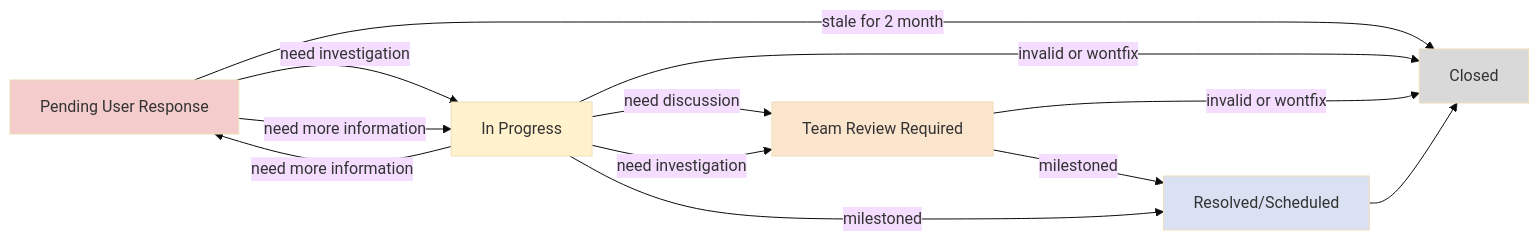
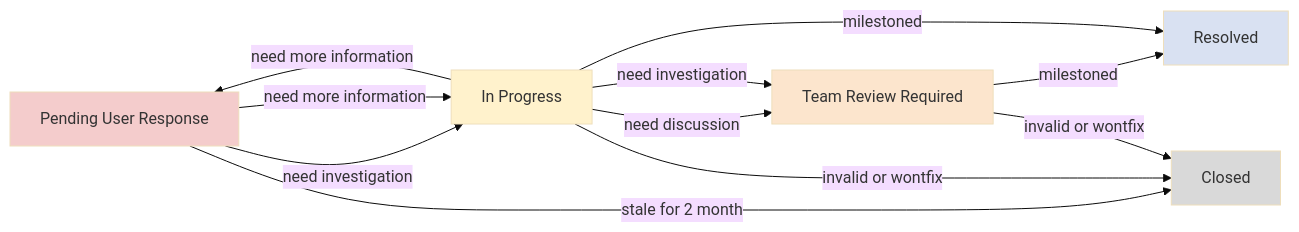
One commit to irishgordo/harvester-wiki changed the first of 2 diagrams in Community-Issue-Management.md. Above: the diagram before and after it, drawn with Mermaid (base theme).

Commit message:
Updated Community Issue Management (markdown)

````diff
--- a/Community-Issue-Management.md
+++ b/Community-Issue-Management.md
@@ -44,25 +44,24 @@
 ```mermaid
 flowchart LR
     A[Pending User Response] -->|need investigation| B[In Progress]
     A -->|need more information| B
     A -->|stale for 2 month| F[Closed]
 
     C -->|milestoned| D
 
 
     B -->|need discussion| C[Team Review Required]
-    B -->|milestoned| D[Resolved/Scheduled]
+    B -->|milestoned| D[Resolved]
     B -->|invalid or wontfix| F
     B -->|need more information| A
     B -->|need investigation| C
 
     C -->|invalid or wontfix| F
-    
-    D --> F
+   
 
     style A fill:#f4cccc
     style B fill:#fff2cc
     style C fill:#fce5cd
     style D fill:#d9e1f2
     style F fill:#d9d9d9
 ```
````
